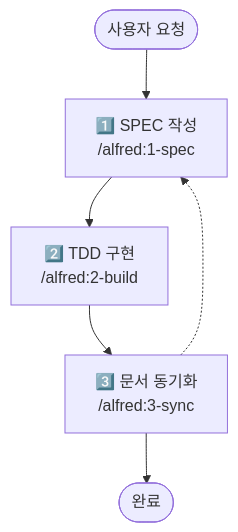
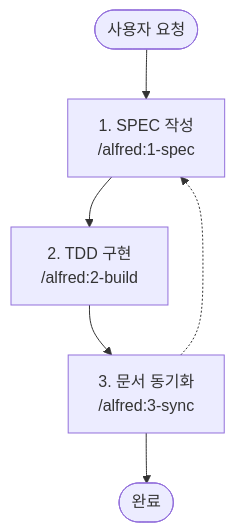
One commit to modu-ai/moai-adk changed the seventh of 7 diagrams in README.md. Above: the diagram before and after it, drawn with Mermaid. The commit also changed other lines of this file, not shown here.

````diff
--- a/README.md
+++ b/README.md
@@ -596,8 +596,8 @@
 ```mermaid
 graph TD
-    Start([사용자 요청]) --> Spec[1️⃣ SPEC 작성<br/>/alfred:1-spec]
-    Spec --> Build[2️⃣ TDD 구현<br/>/alfred:2-build]
-    Build --> Sync[3️⃣ 문서 동기화<br/>/alfred:3-sync]
+    Start([사용자 요청]) --> Spec[1. SPEC 작성<br/>/alfred:1-spec]
+    Spec --> Build[2. TDD 구현<br/>/alfred:2-build]
+    Build --> Sync[3. 문서 동기화<br/>/alfred:3-sync]
     Sync --> End([완료])
     Sync -.-> Spec
 ```
````
